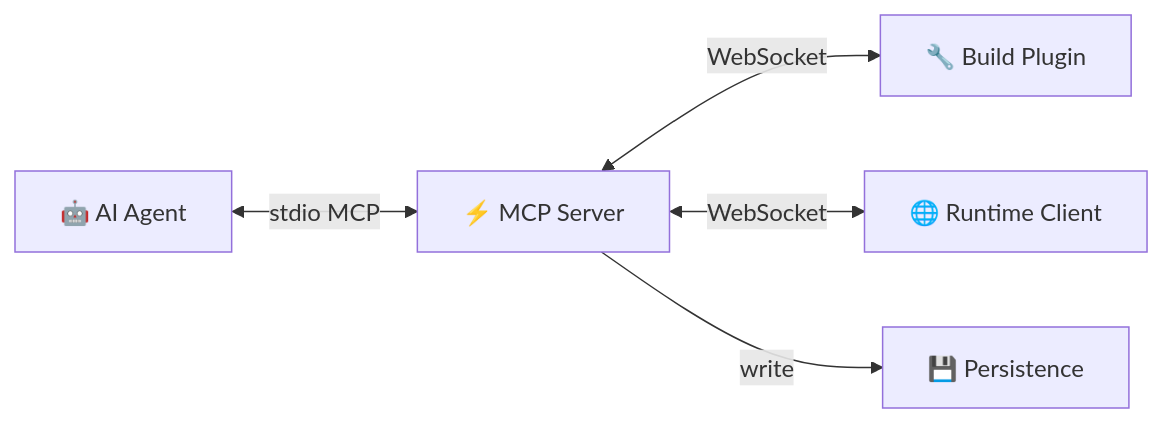
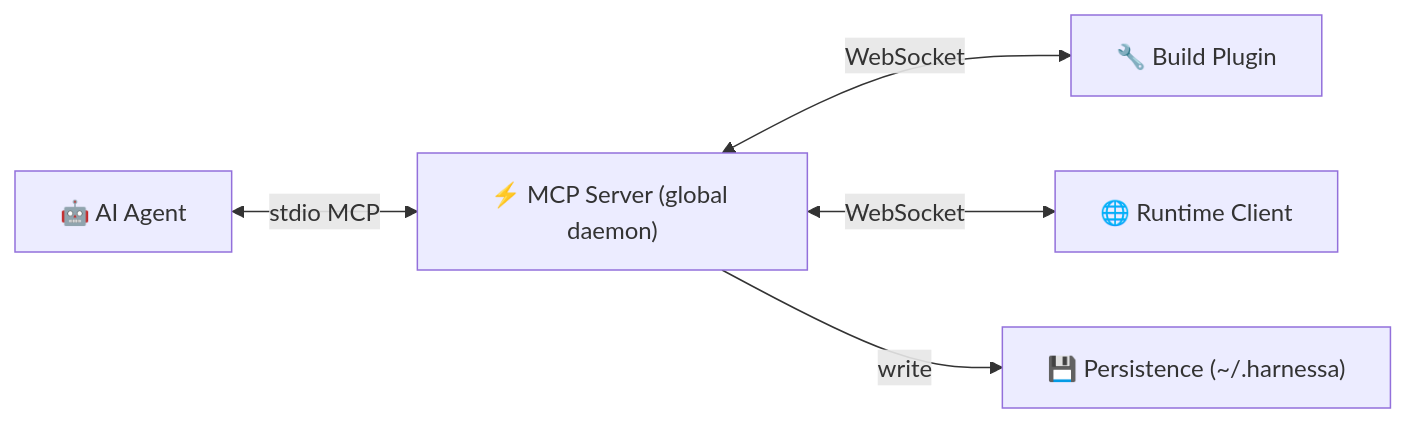
One commit to Morphicai/harness-fe changed the diagram in ARCHITECTURE.md. Above: the diagram before and after it, drawn with Mermaid. The commit also changed other lines of this file, not shown here.

Commit message:
docs: finalize architecture — project/session/tab definitions, projectId strategy, global storage layout

````diff
--- a/ARCHITECTURE.md
+++ b/ARCHITECTURE.md
@@ -7,13 +7,13 @@
 ```mermaid
 graph LR
     Agent["🤖 AI Agent"]
-    MCP["⚡ MCP Server"]
+    MCP["⚡ MCP Server (global daemon)"]
     Plugin["🔧 Build Plugin"]
     Runtime["🌐 Runtime Client"]
-    Store["💾 Persistence"]
+    Store["💾 Persistence (~/.harnessa)"]
 
     Agent <-->|stdio MCP| MCP
     MCP <-->|WebSocket| Plugin
     MCP <-->|WebSocket| Runtime
     MCP -->|write| Store
 ```
````
